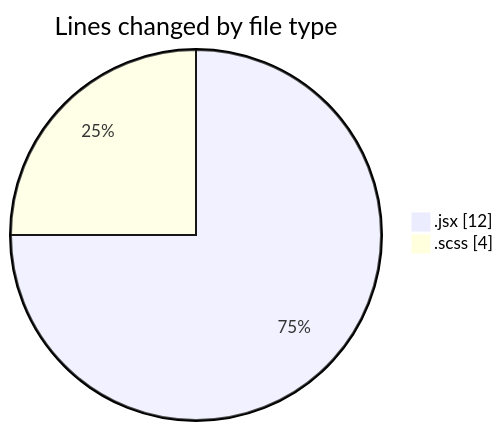
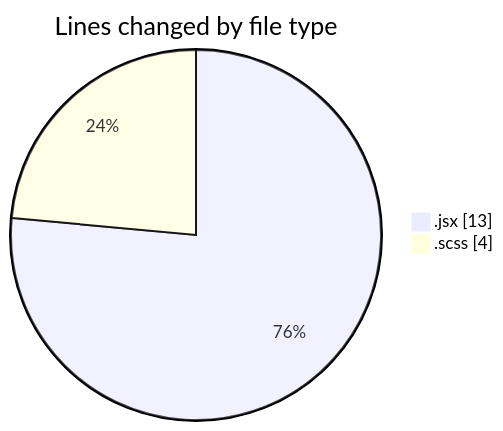
One commit to momahboobian/code-tracking changed the first of 2 diagrams in 2025-06-04/cda/README.md. Above: the diagram before and after it, drawn with Mermaid. The commit also changed other lines of this file and 1 other file, not shown here.

````diff
--- a/2025-06-04/cda/README.md
+++ b/2025-06-04/cda/README.md
@@ -21,6 +21,6 @@
 ```mermaid
 pie showData
 title Lines changed by file type
-".jsx" : 12
+".jsx" : 13
 ".scss" : 4
 ```
````
